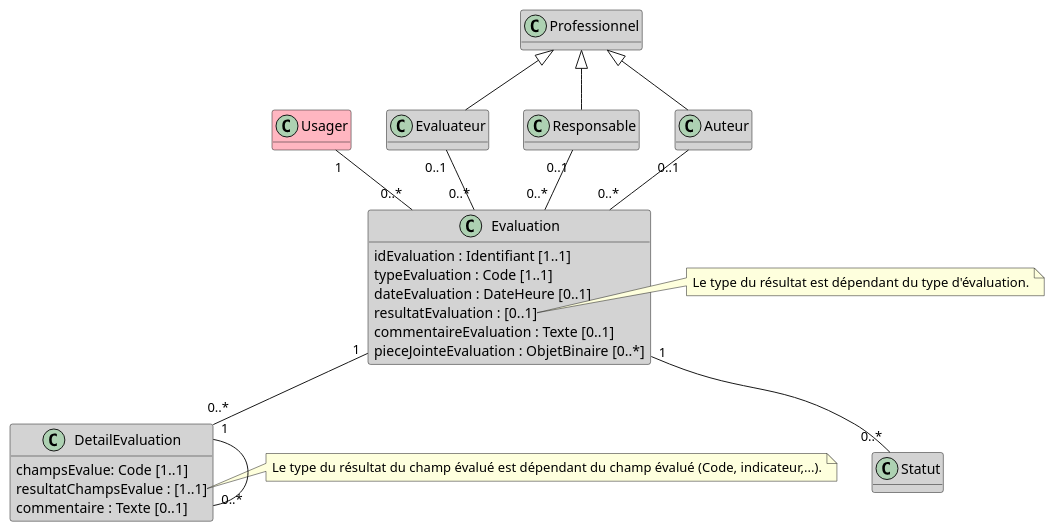
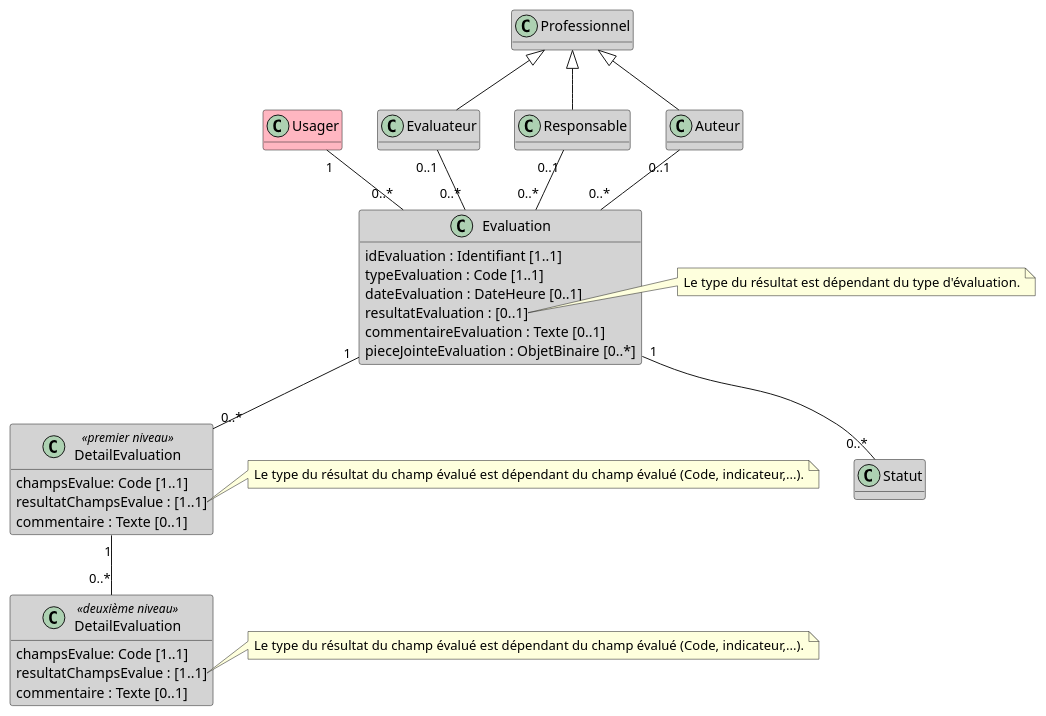
The diagram in input/images-source/bloc_evaluation-grille.plantuml (ansforge/IG-fhir-transfert-donnees-dui-esms), drawn with PlantUML before and after one commit. The commit also changed 1 other file, not shown here.

Commit message:
detail evaluation

```diff
--- a/input/images-source/bloc_evaluation-grille.plantuml
+++ b/input/images-source/bloc_evaluation-grille.plantuml
@@ -1,52 +1,62 @@
 @startuml
 
 hide empty methods
 
 class Usager #LightPink
 
 class Evaluateur #LightGray
 
 class Responsable #LightGray
 
 class Auteur #LightGray
 
 class Professionnel #LightGray
 
 class Statut #LightGray
 
 class Evaluation #LightGray {
     idEvaluation : Identifiant [1..1]
     typeEvaluation : Code [1..1]
     dateEvaluation : DateHeure [0..1]
     resultatEvaluation : [0..1]
     commentaireEvaluation : Texte [0..1]
     pieceJointeEvaluation : ObjetBinaire [0..*]
 }
 
 note right of Evaluation::resultat
   Le type du résultat est dépendant du type d'évaluation.
 end note
 
-class DetailEvaluation #LightGray {
+class "DetailEvaluation" as DetailEvaluationN1 <<premier niveau>> #LightGray {
     champsEvalue: Code [1..1]
     resultatChampsEvalue : [1..1]
     commentaire : Texte [0..1]
 }
 
-note right of DetailEvaluation::resultatChampsEvalue
+note right of DetailEvaluationN1::resultatChampsEvalue
+  Le type du résultat du champ évalué est dépendant du champ évalué (Code, indicateur,...).
+end note
+
+class "DetailEvaluation" as DetailEvaluationN2 <<deuxième niveau>> #LightGray {
+    champsEvalue: Code [1..1]
+    resultatChampsEvalue : [1..1]
+    commentaire : Texte [0..1]
+}
+
+note right of DetailEvaluationN2::resultatChampsEvalue
   Le type du résultat du champ évalué est dépendant du champ évalué (Code, indicateur,...).
 end note
 
 Professionnel <|-- Evaluateur
 Professionnel <|-- Responsable
 Professionnel <|-- Auteur
 
 Evaluateur "0..1" -- "0..*" Evaluation
 Responsable "0..1" -- "0..*" Evaluation
 Auteur "0..1" -- "0..*" Evaluation
 Usager "1" -- "0..*" Evaluation
-Evaluation "1" -- "0..*" DetailEvaluation
-DetailEvaluation "1" -- "0..*" DetailEvaluation
+Evaluation "1" -- "0..*" DetailEvaluationN1
+DetailEvaluationN1 "1" -- "0..*" DetailEvaluationN2
 Evaluation "1" -- "0..*" Statut
 
 @enduml
```
